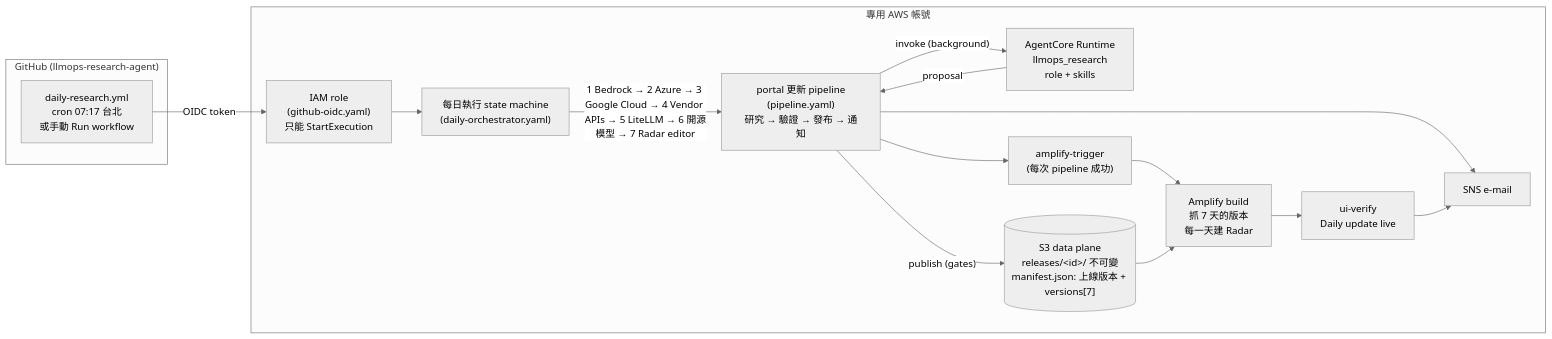
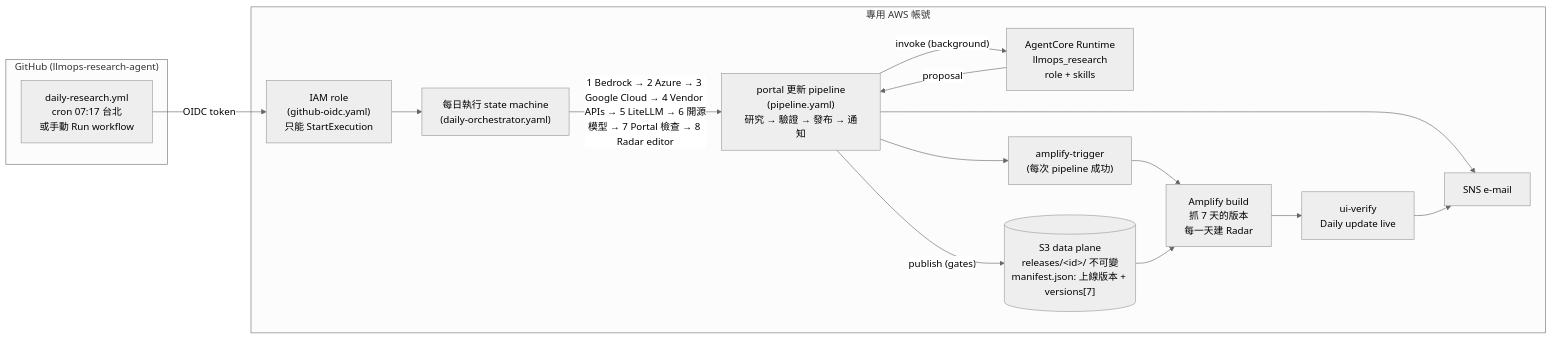
Before and after one commit to yunistsao-maker/llmops-research-agent: the diagram in docs/daily-agents-design.md, drawn with Mermaid (neutral theme). The commit also changed other lines of this file and 25 other files, not shown here.

````diff
--- a/docs/daily-agents-design.md
+++ b/docs/daily-agents-design.md
@@ -27,25 +27,25 @@
 ```mermaid
 flowchart LR
   subgraph GH["GitHub (llmops-research-agent)"]
     W["daily-research.yml<br/>cron 07:17 台北<br/>或手動 Run workflow"]
   end
   subgraph AWS["專用 AWS 帳號"]
     R["IAM role<br/>(github-oidc.yaml)<br/>只能 StartExecution"]
     O["每日執行 state machine<br/>(daily-orchestrator.yaml)"]
     P["portal 更新 pipeline<br/>(pipeline.yaml)<br/>研究 → 驗證 → 發布 → 通知"]
     A["AgentCore Runtime<br/>llmops_research<br/>role + skills"]
     S3[("S3 data plane<br/>releases/&lt;id&gt;/ 不可變<br/>manifest.json: 上線版本 + versions[7]")]
     T["amplify-trigger<br/>(每次 pipeline 成功)"]
     AM["Amplify build<br/>抓 7 天的版本<br/>每一天建 Radar"]
     U["ui-verify<br/>Daily update live"]
     SNS["SNS e-mail"]
   end
   W -- "OIDC token" --> R --> O
-  O -- "1 Bedrock → 2 Azure → 3 Google Cloud → 4 Vendor APIs → 5 LiteLLM → 6 開源模型 → 7 Radar editor" --> P
+  O -- "1 Bedrock → 2 Azure → 3 Google Cloud → 4 Vendor APIs → 5 LiteLLM → 6 開源模型 → 7 Portal 檢查 → 8 Radar editor" --> P
   P -- "invoke (background)" --> A
   A -- "proposal" --> P
   P -- "publish (gates)" --> S3
   P --> SNS
   P --> T --> AM
   S3 --> AM --> U --> SNS
 ```
````
